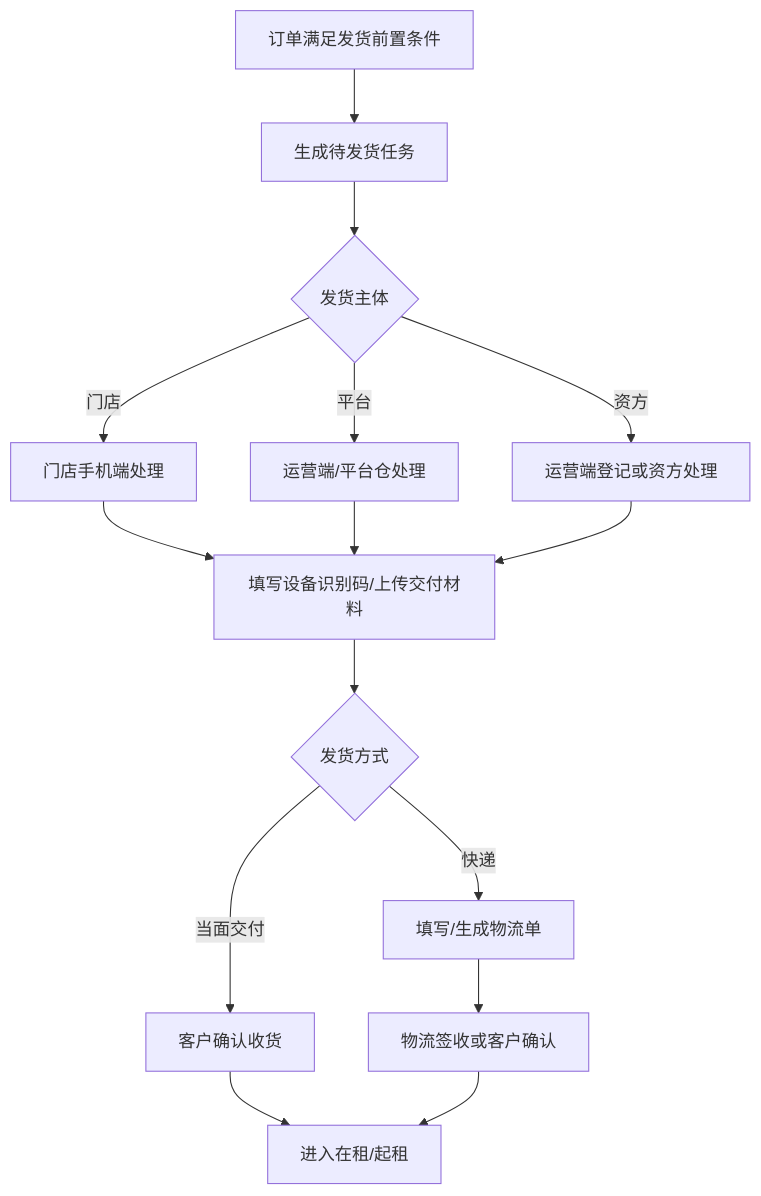
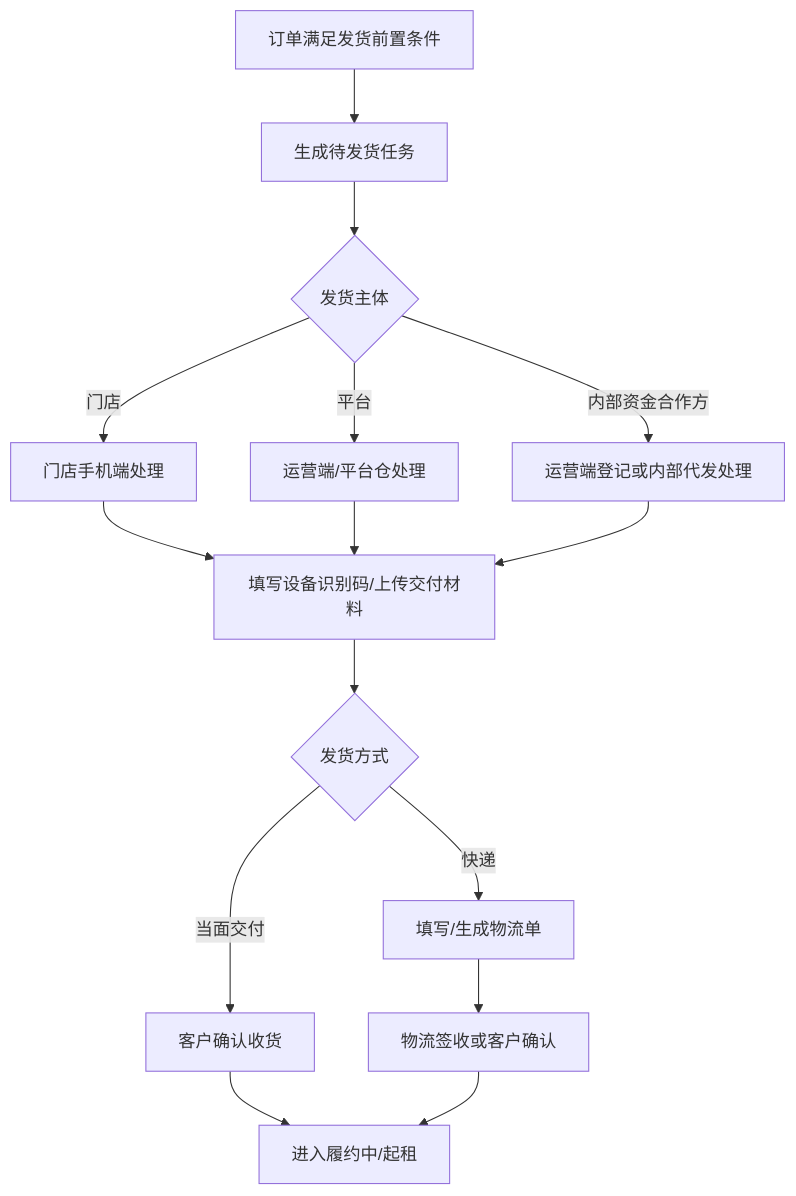
One commit to joezjyan-bot/mandian-prd changed the diagram in PRD/V0.2/modules/运营端/发货履约/01_发货配置与物流接口.md. Above: the diagram before and after it, drawn with Mermaid. The commit also changed other lines of this file and 6 other files, not shown here.

Commit message:
docs(V0.2): close V0.2.1 architecture and acceptance gaps

````diff
--- a/PRD/V0.2/modules/运营端/发货履约/01_发货配置与物流接口.md
+++ b/PRD/V0.2/modules/运营端/发货履约/01_发货配置与物流接口.md
@@ -87,17 +90,17 @@
 ```mermaid
 flowchart TD
     A["订单满足发货前置条件"] --> B["生成待发货任务"]
     B --> C{"发货主体"}
     C -->|门店| D["门店手机端处理"]
     C -->|平台| E["运营端/平台仓处理"]
-    C -->|资方| F["运营端登记或资方处理"]
+    C -->|内部资金合作方| F["运营端登记或内部代发处理"]
     D --> G["填写设备识别码/上传交付材料"]
     E --> G
     F --> G
     G --> H{"发货方式"}
     H -->|当面交付| I["客户确认收货"]
     H -->|快递| J["填写/生成物流单"]
     J --> K["物流签收或客户确认"]
-    I --> L["进入在租/起租"]
+    I --> L["进入履约中/起租"]
     K --> L
 ```
````
